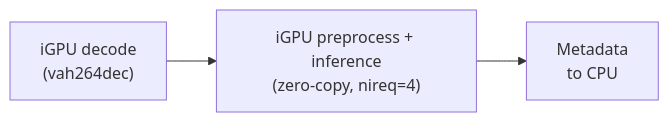
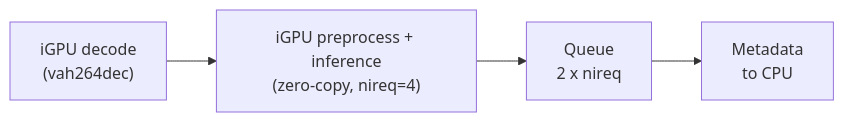
One commit to open-edge-platform/dlstreamer changed the second of 3 diagrams in samples/gstreamer/e2e_performance/README.md. Above: the diagram before and after it, drawn with Mermaid. The commit also changed other lines of this file and 3 other files, not shown here.

````diff
--- a/samples/gstreamer/e2e_performance/README.md
+++ b/samples/gstreamer/e2e_performance/README.md
@@ -52,4 +47,4 @@
 ```mermaid
 flowchart LR
-    D1["iGPU decode\n(vah264dec)"] --> D2["iGPU preprocess + inference\n(zero-copy, nireq=4)"] --> D3["Metadata\nto CPU"]
+    D1["iGPU decode\n(vah264dec)"] --> D2["iGPU preprocess + inference\n(zero-copy, nireq=4)"] --> D3["Queue\n2 x nireq"] --> D4["Metadata\nto CPU"]
 ```
````
